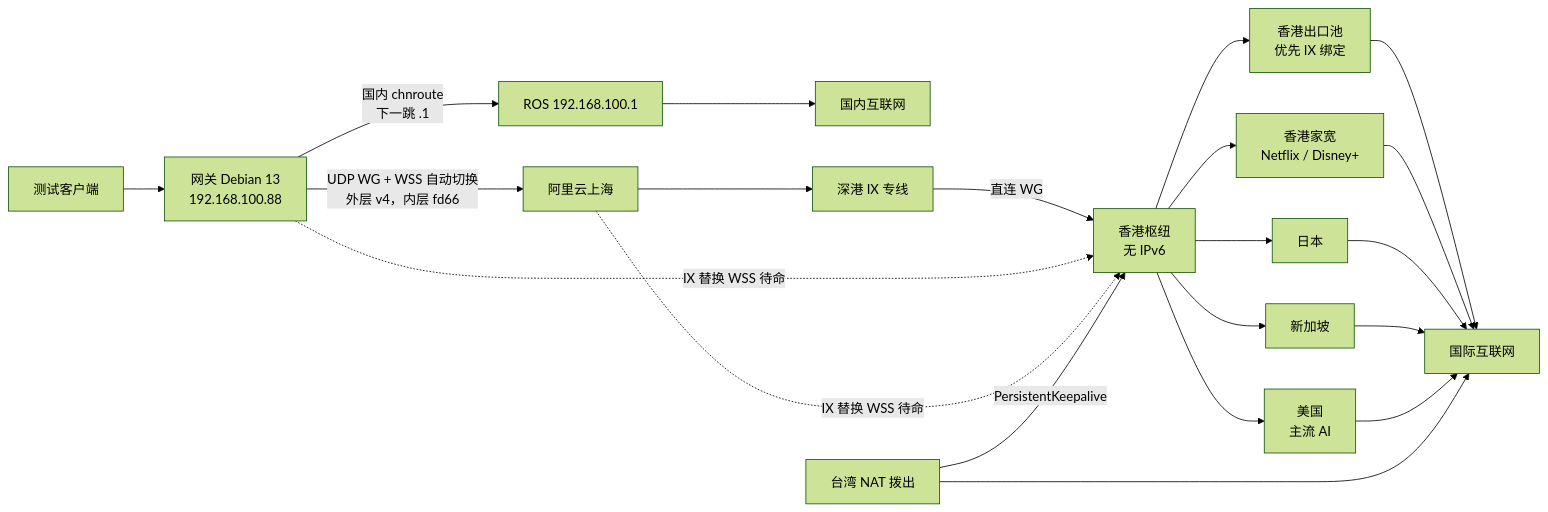
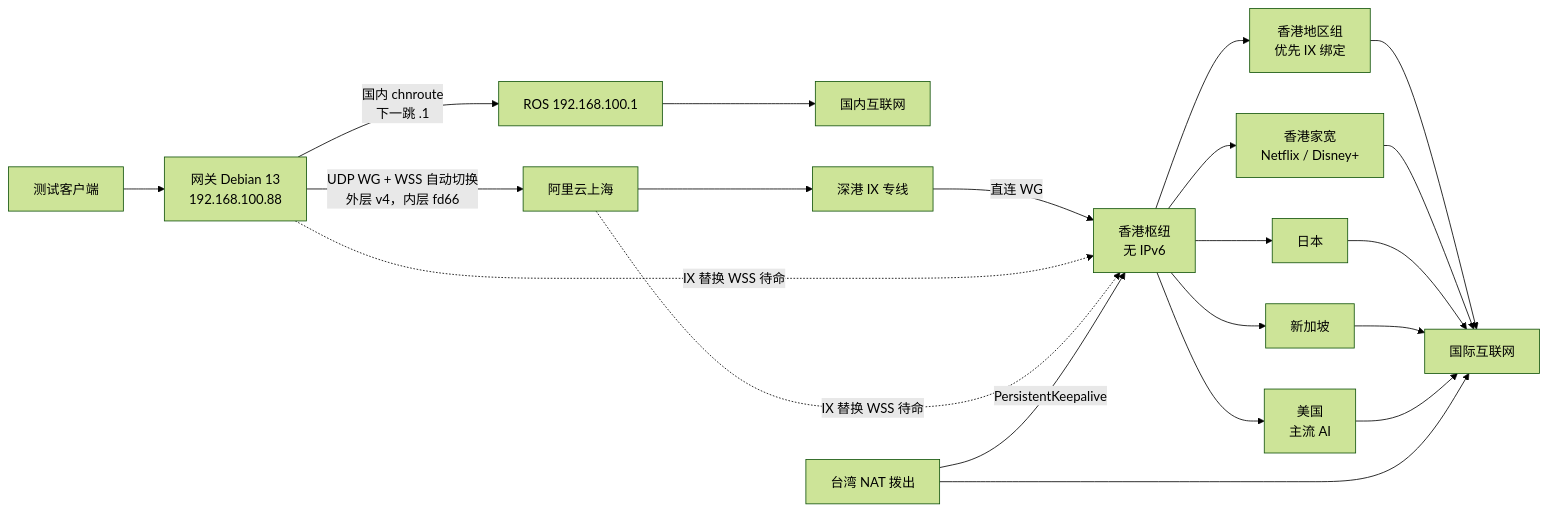
Before and after one commit to radowitz/Meridian: the diagram in README.md, drawn with Mermaid (forest theme). The commit also changed other lines of this file and 132 other files, not shown here.

````diff
--- a/README.md
+++ b/README.md
@@ -7,23 +7,23 @@
 ```mermaid
 flowchart LR
   lan["测试客户端"] --> gw["网关 Debian 13<br/>192.168.100.88"]
   gw -->|"国内 chnroute<br/>下一跳 .1"| ros["ROS 192.168.100.1"]
   ros --> cn["国内互联网"]
   gw -->|"UDP WG + WSS 自动切换<br/>外层 v4，内层 fd66"| ali["阿里云上海"]
   ali --> ix["深港 IX 专线"]
   ix -->|"直连 WG"| hub["香港枢纽<br/>无 IPv6"]
   gw -.->|"IX 替换 WSS 待命"| hub
   ali -.->|"IX 替换 WSS 待命"| hub
-  hub --> hkix["香港出口池<br/>优先 IX 绑定"]
+  hub --> hkix["香港地区组<br/>优先 IX 绑定"]
   hub --> resi["香港家宽<br/>Netflix / Disney+"]
   hub --> jp["日本"]
   hub --> sg["新加坡"]
   hub --> us["美国<br/>主流 AI"]
   tw["台湾 NAT 拨出"] -->|"PersistentKeepalive"| hub
   hkix --> inet["国际互联网"]
   resi --> inet
   jp --> inet
   sg --> inet
   us --> inet
   tw --> inet
 ```
````
